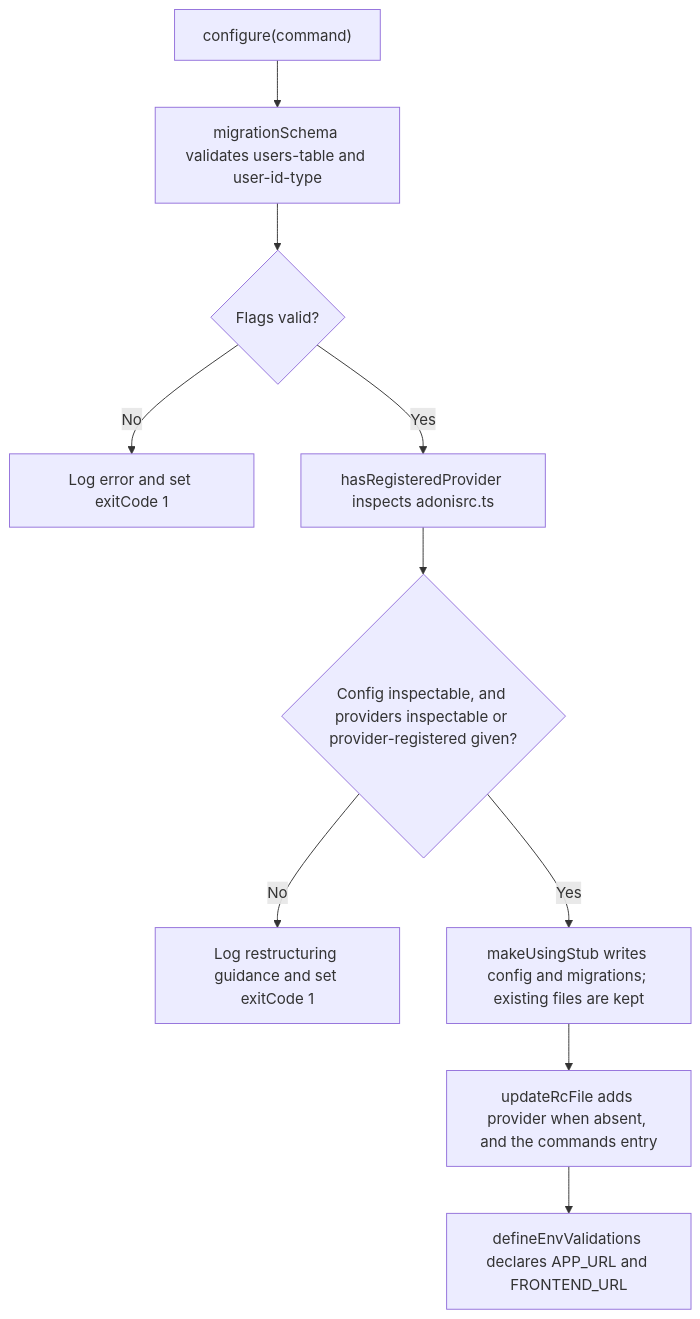
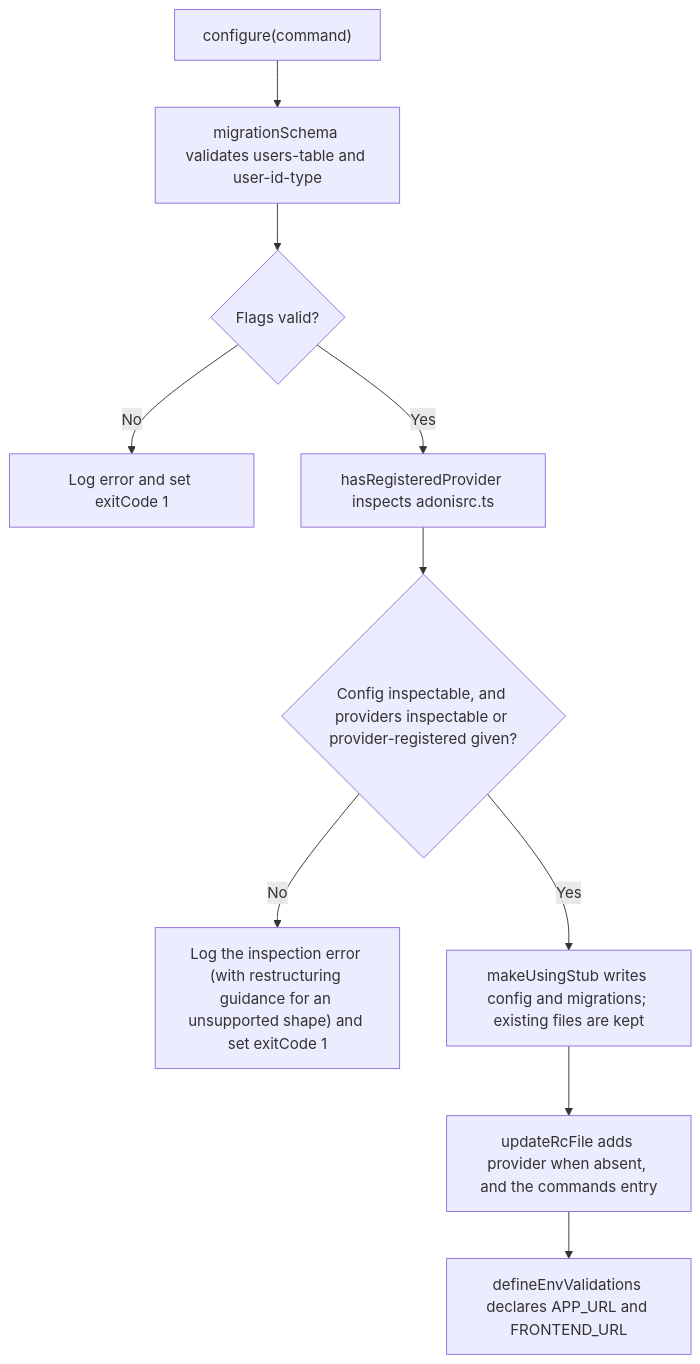
The second of 2 diagrams in user-stories/US-ACCOUNT-60-install-account-kit-package.md (Kevinjohn/oss-adonisjs-account-kit), drawn with Mermaid before and after one commit. The commit also changed other lines of this file and 9 other files, not shown here.

````diff
--- a/user-stories/US-ACCOUNT-60-install-account-kit-package.md
+++ b/user-stories/US-ACCOUNT-60-install-account-kit-package.md
@@ -42,12 +42,12 @@
 ```mermaid
 flowchart TD
     A["configure(command)"] --> B["migrationSchema validates users-table and user-id-type"]
     B --> C{"Flags valid?"}
     C -->|No| D["Log error and set exitCode 1"]
     C -->|Yes| E["hasRegisteredProvider inspects adonisrc.ts"]
     E --> F{"Config inspectable, and providers inspectable or provider-registered given?"}
-    F -->|No| G["Log restructuring guidance and set exitCode 1"]
+    F -->|No| G["Log the inspection error (with restructuring guidance for an unsupported shape) and set exitCode 1"]
     F -->|Yes| H["makeUsingStub writes config and migrations; existing files are kept"]
     H --> I["updateRcFile adds provider when absent, and the commands entry"]
     I --> J["defineEnvValidations declares APP_URL and FRONTEND_URL"]
 ```
````
